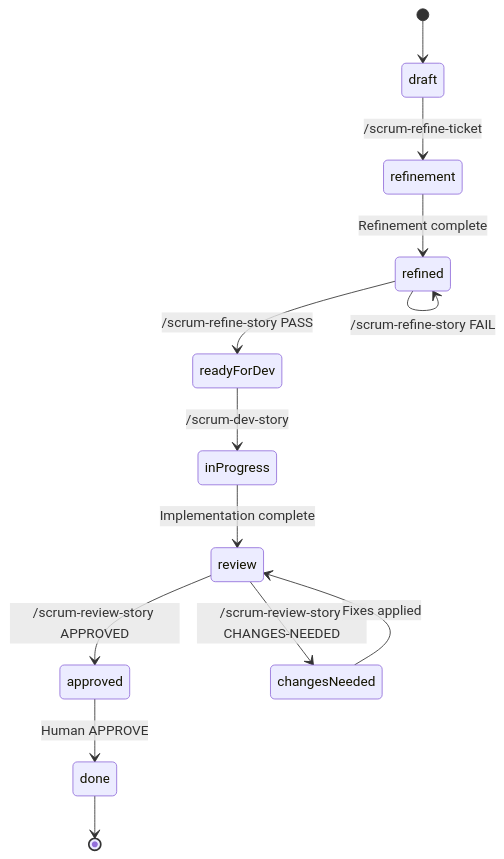
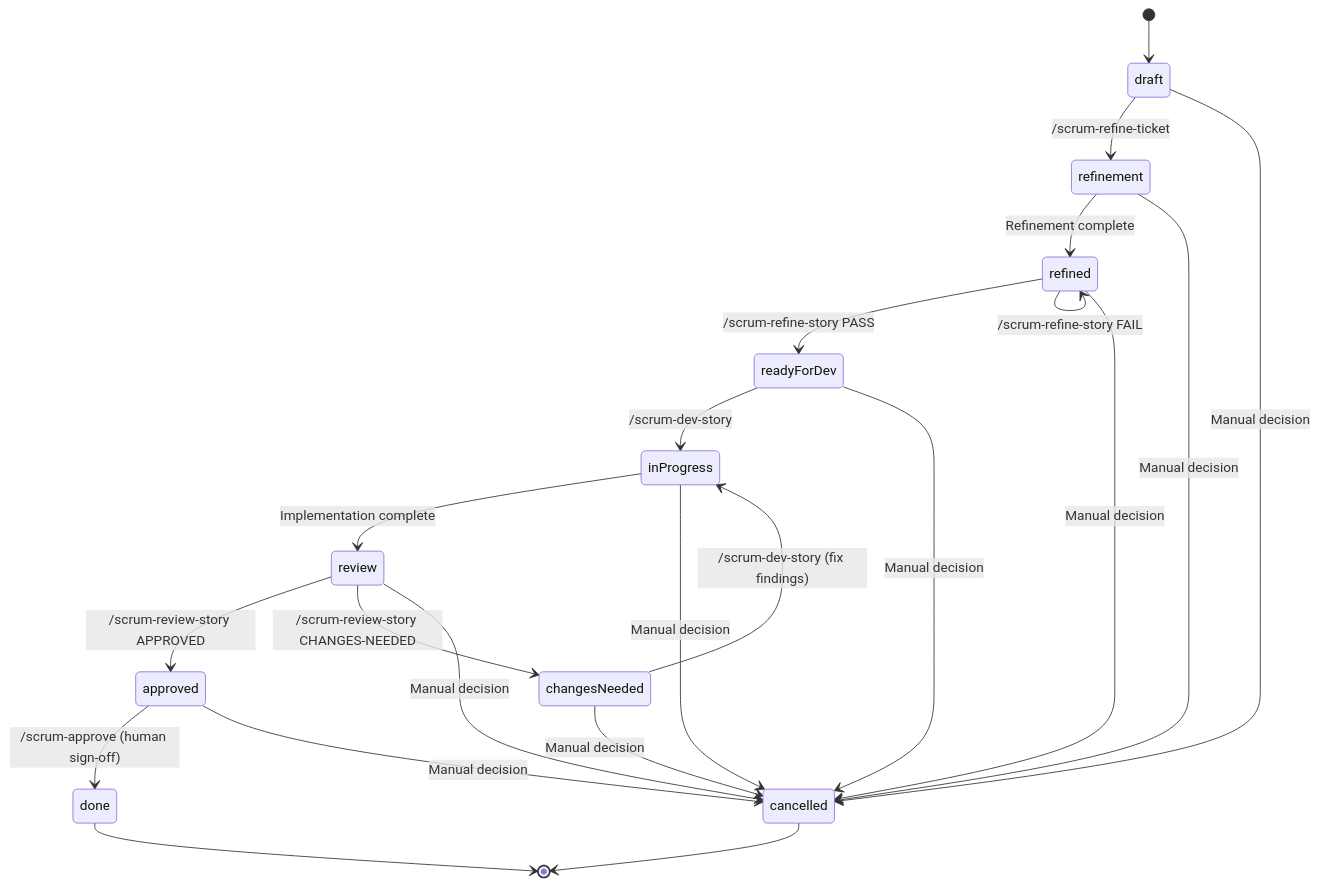
Before and after one commit to samibel/scrum_workflow: the diagram in scrum_workflow/docs/05-state-machine.md, drawn with Mermaid. The commit also changed other lines of this file and 3 other files, not shown here.

First line of the commit message:
feat(story-3.1): implement lifecycle consolidation (dev-story)

````diff
--- a/scrum_workflow/docs/05-state-machine.md
+++ b/scrum_workflow/docs/05-state-machine.md
@@ -25,15 +30,24 @@
 ```mermaid
 stateDiagram-v2
     [*] --> draft
     draft --> refinement: /scrum-refine-ticket
     refinement --> refined: Refinement complete
     refined --> readyForDev: /scrum-refine-story PASS
     refined --> refined: /scrum-refine-story FAIL
     readyForDev --> inProgress: /scrum-dev-story
     inProgress --> review: Implementation complete
     review --> approved: /scrum-review-story APPROVED
     review --> changesNeeded: /scrum-review-story CHANGES-NEEDED
-    changesNeeded --> review: Fixes applied
-    approved --> done: Human APPROVE
+    changesNeeded --> inProgress: /scrum-dev-story (fix findings)
+    approved --> done: /scrum-approve (human sign-off)
     done --> [*]
+    draft --> cancelled: Manual decision
+    refinement --> cancelled: Manual decision
+    refined --> cancelled: Manual decision
+    readyForDev --> cancelled: Manual decision
+    inProgress --> cancelled: Manual decision
+    review --> cancelled: Manual decision
+    approved --> cancelled: Manual decision
+    changesNeeded --> cancelled: Manual decision
+    cancelled --> [*]
 ```
````
